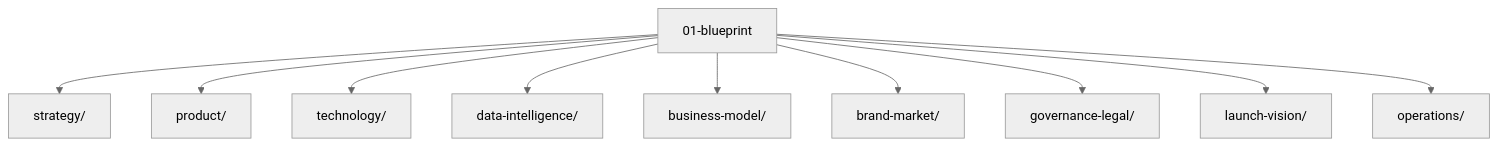
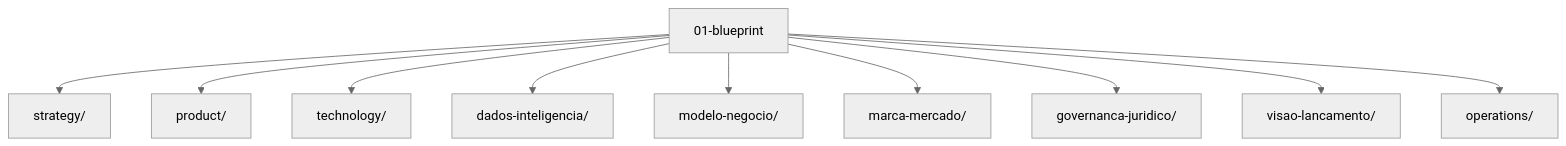
One commit to pratofeitoo/the-new-hub-proj-dev-2 changed the second of 2 diagrams in 01-blueprint/README.md. Above: the diagram before and after it, drawn with Mermaid (neutral theme). The commit also changed other lines of this file and 390 other files, not shown here.

````diff
--- a/01-blueprint/README.md
+++ b/01-blueprint/README.md
@@ -26,13 +26,13 @@
 ```mermaid
 flowchart TB
     BP[01-blueprint]
     BP --> STR[strategy/]
     BP --> PRD[product/]
     BP --> TEC[technology/]
-    BP --> DAT[data-intelligence/]
-    BP --> BIZ[business-model/]
-    BP --> BRD[brand-market/]
-    BP --> GOV[governance-legal/]
-    BP --> LCH[launch-vision/]
+    BP --> DAT[dados-inteligencia/]
+    BP --> BIZ[modelo-negocio/]
+    BP --> BRD[marca-mercado/]
+    BP --> GOV[governanca-juridico/]
+    BP --> LCH[visao-lancamento/]
     BP --> OPS[operations/]
 ```
````
